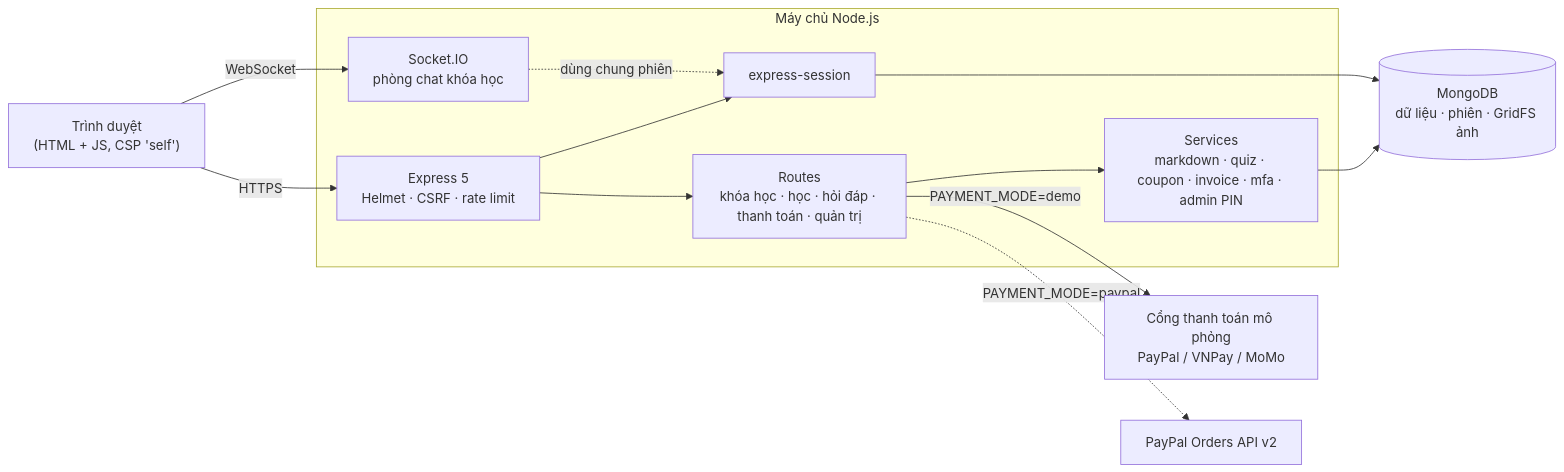
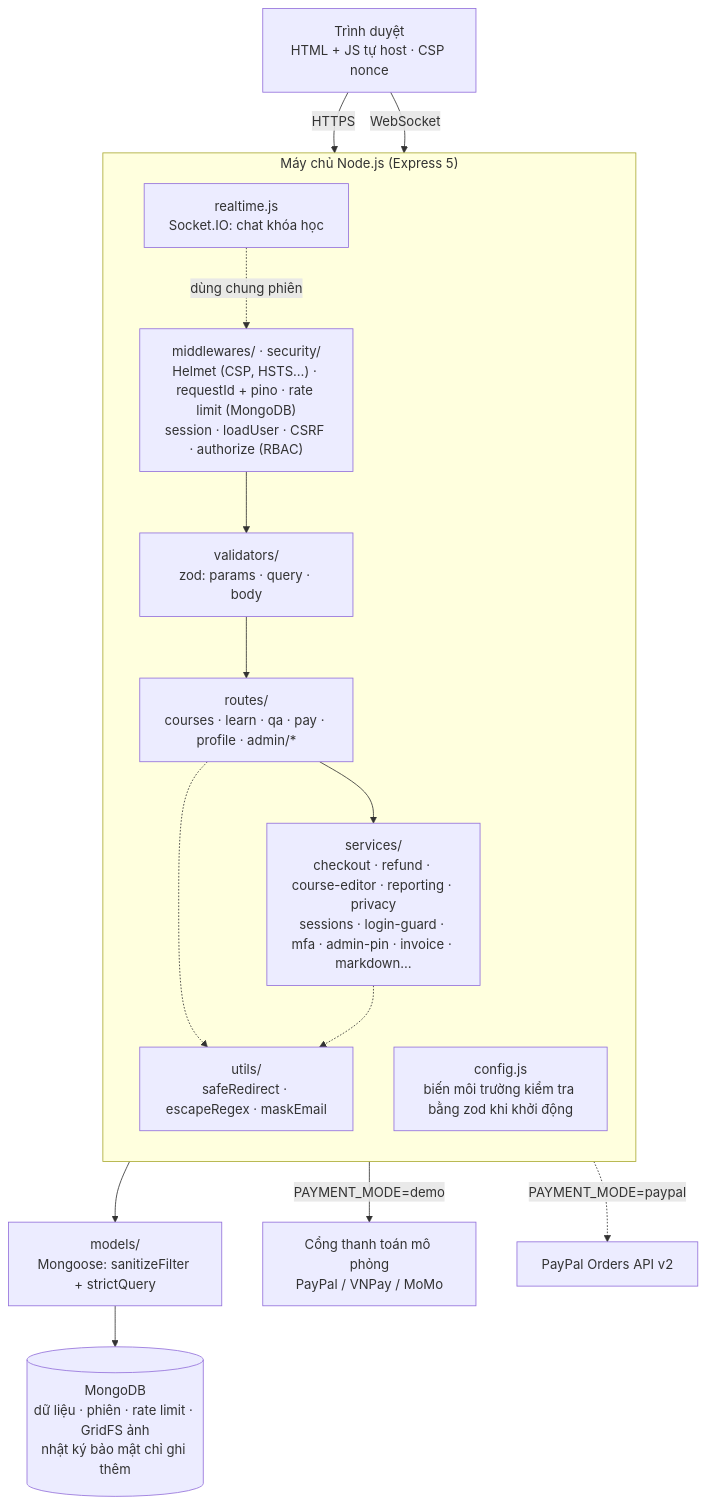
The first of 2 diagrams in README.md (Hoangcongkma/Cnow), drawn with Mermaid before and after one commit. The commit also changed other lines of this file and 62 other files, not shown here.

````diff
--- a/README.md
+++ b/README.md
@@ -85,16 +88,23 @@
 ```mermaid
-flowchart LR
-  B["Trình duyệt<br/>(HTML + JS, CSP 'self')"] -- HTTPS --> E
+flowchart TB
+  B["Trình duyệt<br/>HTML + JS tự host · CSP nonce"] -- HTTPS --> MW
   B -- WebSocket --> IO
-  subgraph S["Máy chủ Node.js"]
-    E["Express 5<br/>Helmet · CSRF · rate limit"] --> R["Routes<br/>khóa học · học · hỏi đáp · thanh toán · quản trị"]
-    R --> SV["Services<br/>markdown · quiz · coupon · invoice · mfa · admin PIN"]
-    IO["Socket.IO<br/>phòng chat khóa học"]
-    E --> SESS["express-session"]
-    IO -. dùng chung phiên .-> SESS
+  subgraph S["Máy chủ Node.js (Express 5)"]
+    direction TB
+    MW["middlewares/ · security/<br/>Helmet (CSP, HSTS…) · requestId + pino · rate limit (MongoDB)<br/>session · loadUser · CSRF · authorize (RBAC)"]
+    V["validators/<br/>zod: params · query · body"]
+    R["routes/<br/>courses · learn · qa · pay · profile · admin/*"]
+    SV["services/<br/>checkout · refund · course-editor · reporting · privacy<br/>sessions · login-guard · mfa · admin-pin · invoice · markdown…"]
+    U["utils/<br/>safeRedirect · escapeRegex · maskEmail"]
+    IO["realtime.js<br/>Socket.IO: chat khóa học"]
+    CFG["config.js<br/>biến môi trường kiểm tra bằng zod khi khởi động"]
+    MW --> V --> R --> SV
+    R -.-> U
+    SV -.-> U
+    IO -. dùng chung phiên .-> MW
   end
-  SV --> DB[("MongoDB<br/>dữ liệu · phiên · GridFS ảnh")]
-  SESS --> DB
-  R -- PAYMENT_MODE=demo --> DEMO["Cổng thanh toán mô phỏng<br/>PayPal / VNPay / MoMo"]
-  R -. PAYMENT_MODE=paypal .-> PP["PayPal Orders API v2"]
+  SV --> M["models/<br/>Mongoose: sanitizeFilter + strictQuery"]
+  M --> DB[("MongoDB<br/>dữ liệu · phiên · rate limit · GridFS ảnh<br/>nhật ký bảo mật chỉ ghi thêm")]
+  SV -- PAYMENT_MODE=demo --> DEMO["Cổng thanh toán mô phỏng<br/>PayPal / VNPay / MoMo"]
+  SV -. PAYMENT_MODE=paypal .-> PP["PayPal Orders API v2"]
 ```
````
